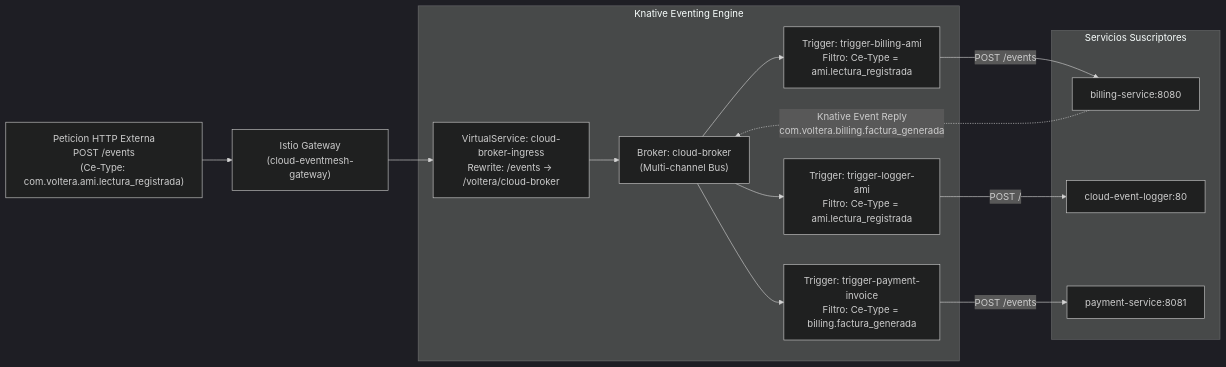
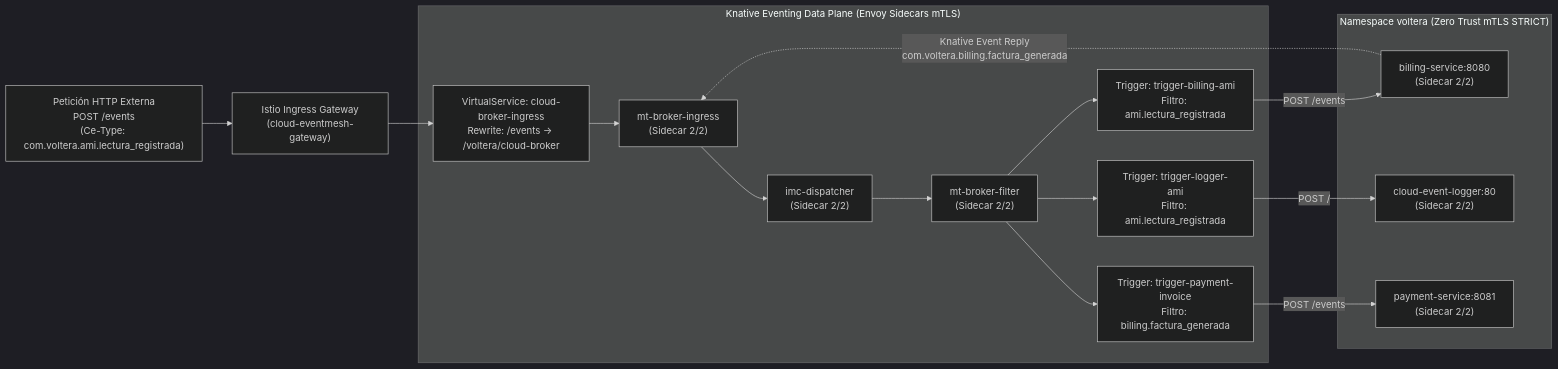
Before and after one commit to csbenitez/uandes-r2-event-mesh: the second of 3 diagrams in k8s/README.md, drawn with Mermaid (dark theme). The commit also changed 30 other files, not shown here.

````diff
--- a/k8s/README.md
+++ b/k8s/README.md
@@ -54,22 +54,24 @@
 ```mermaid
 flowchart LR
-    IngressRequest["Peticion HTTP Externa<br/>POST /events<br/>(Ce-Type: com.voltera.ami.lectura_registrada)"] --> Gateway["Istio Gateway<br/>(cloud-eventmesh-gateway)"]
+    IngressRequest["Petición HTTP Externa<br/>POST /events<br/>(Ce-Type: com.voltera.ami.lectura_registrada)"] --> Gateway["Istio Ingress Gateway<br/>(cloud-eventmesh-gateway)"]
 
     Gateway --> VS["VirtualService: cloud-broker-ingress<br/>Rewrite: /events -> /voltera/cloud-broker"]
 
-    subgraph KnativeCore["Knative Eventing Engine"]
-        VS --> Broker["Broker: cloud-broker<br/>(Multi-channel Bus)"]
+    subgraph KnativeCore["Knative Eventing Data Plane (Envoy Sidecars mTLS)"]
+        VS --> IngressPod["mt-broker-ingress<br/>(Sidecar 2/2)"]
+        IngressPod --> IMCPod["imc-dispatcher<br/>(Sidecar 2/2)"]
+        IMCPod --> FilterPod["mt-broker-filter<br/>(Sidecar 2/2)"]
         
-        Broker --> T1["Trigger: trigger-billing-ami<br/>Filtro: Ce-Type = ami.lectura_registrada"]
-        Broker --> T2["Trigger: trigger-logger-ami<br/>Filtro: Ce-Type = ami.lectura_registrada"]
-        Broker --> T3["Trigger: trigger-payment-invoice<br/>Filtro: Ce-Type = billing.factura_generada"]
+        FilterPod --> T1["Trigger: trigger-billing-ami<br/>Filtro: ami.lectura_registrada"]
+        FilterPod --> T2["Trigger: trigger-logger-ami<br/>Filtro: ami.lectura_registrada"]
+        FilterPod --> T3["Trigger: trigger-payment-invoice<br/>Filtro: billing.factura_generada"]
     end
 
-    subgraph ServicesSubscribers["Servicios Suscriptores"]
-        T1 -->|POST /events| Billing["billing-service:8080"]
-        T2 -->|POST /| Logger["cloud-event-logger:80"]
-        T3 -->|POST /events| Payment["payment-service:8081"]
+    subgraph ServicesSubscribers["Namespace voltera (Zero Trust mTLS STRICT)"]
+        T1 -->|POST /events| Billing["billing-service:8080<br/>(Sidecar 2/2)"]
+        T2 -->|POST /| Logger["cloud-event-logger:80<br/>(Sidecar 2/2)"]
+        T3 -->|POST /events| Payment["payment-service:8081<br/>(Sidecar 2/2)"]
     end
 
-    Billing -.->|Knative Event Reply<br/>com.voltera.billing.factura_generada| Broker
+    Billing -.->|Knative Event Reply<br/>com.voltera.billing.factura_generada| IngressPod
 ```
````
